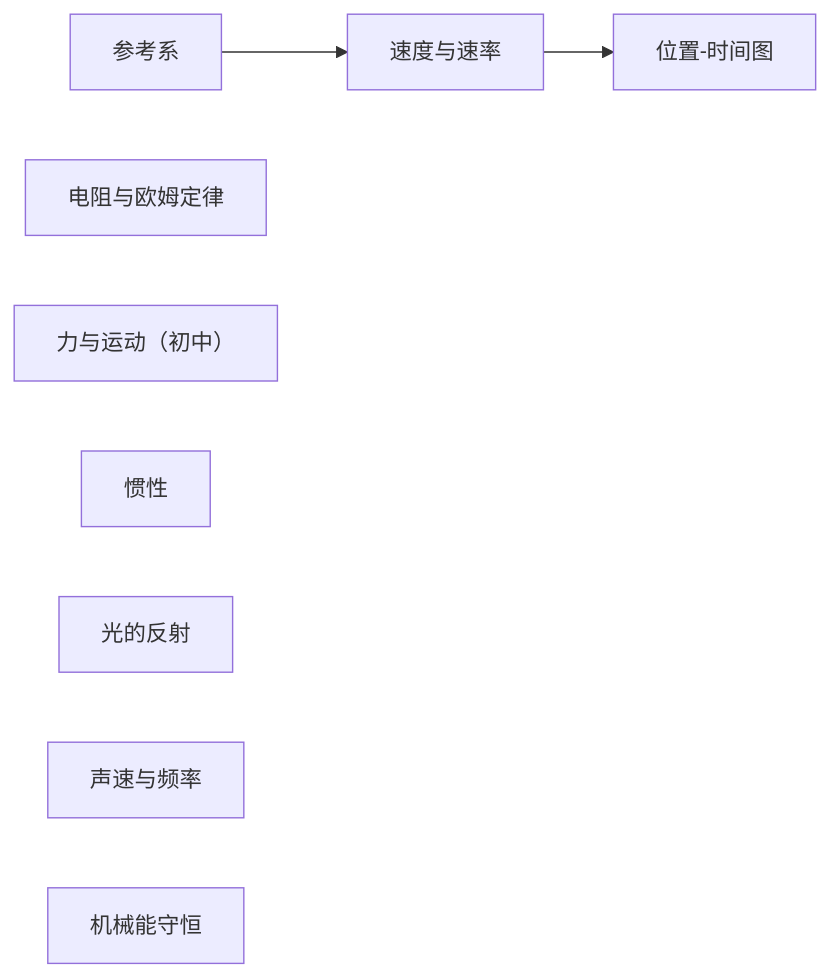
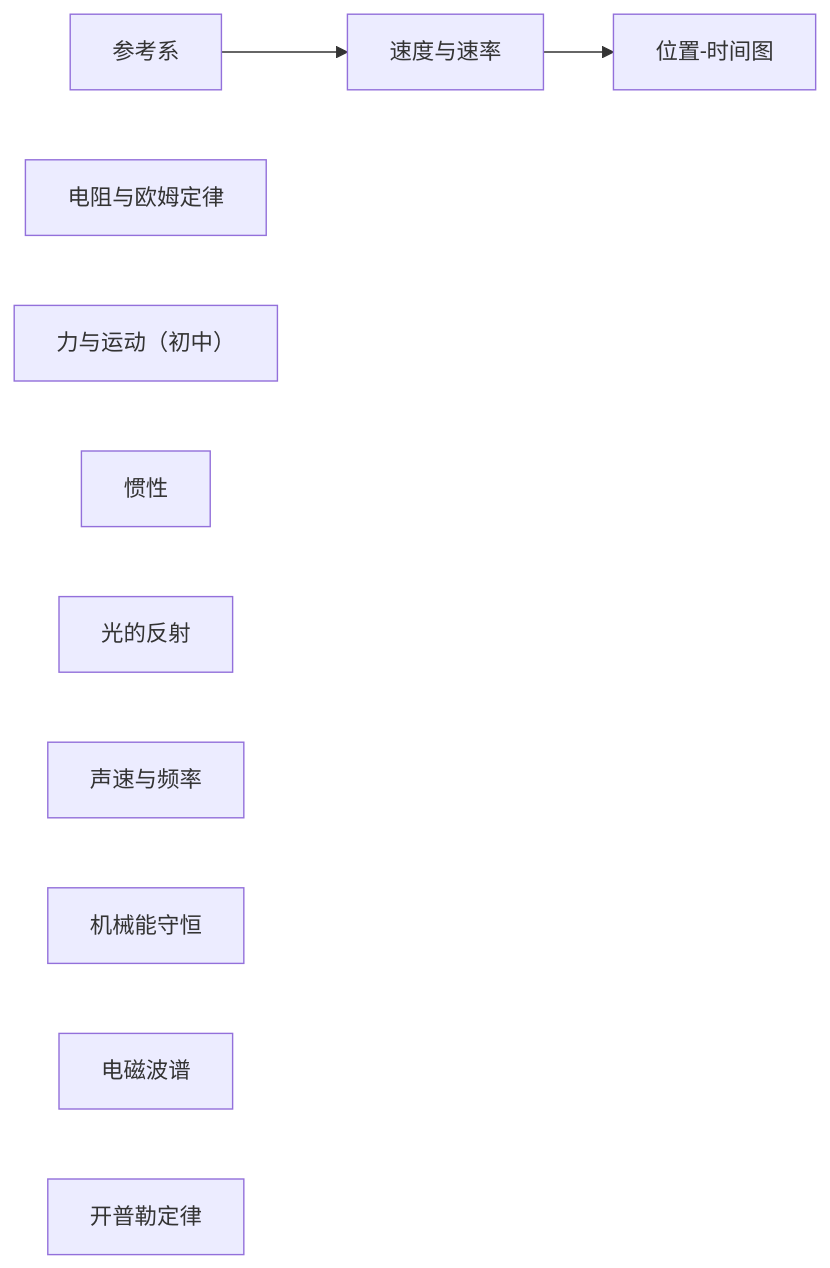
The first of 2 diagrams in knowledge/物理/README.md (hpleapfrog/Scholia), drawn with Mermaid before and after one commit. The commit also changed other lines of this file and 10 other files, not shown here.

````diff
--- a/knowledge/物理/README.md
+++ b/knowledge/物理/README.md
@@ -5,10 +5,12 @@
 ```mermaid
 graph LR
   F["参考系"] --> S["速度与速率"] --> P["位置-时间图"]
   R["电阻与欧姆定律"]
   N["力与运动（初中）"]
   I["惯性"]
   L["光的反射"]
   A["声速与频率"]
   E["机械能守恒"]
+  M["电磁波谱"]
+  K["开普勒定律"]
 ```
````
